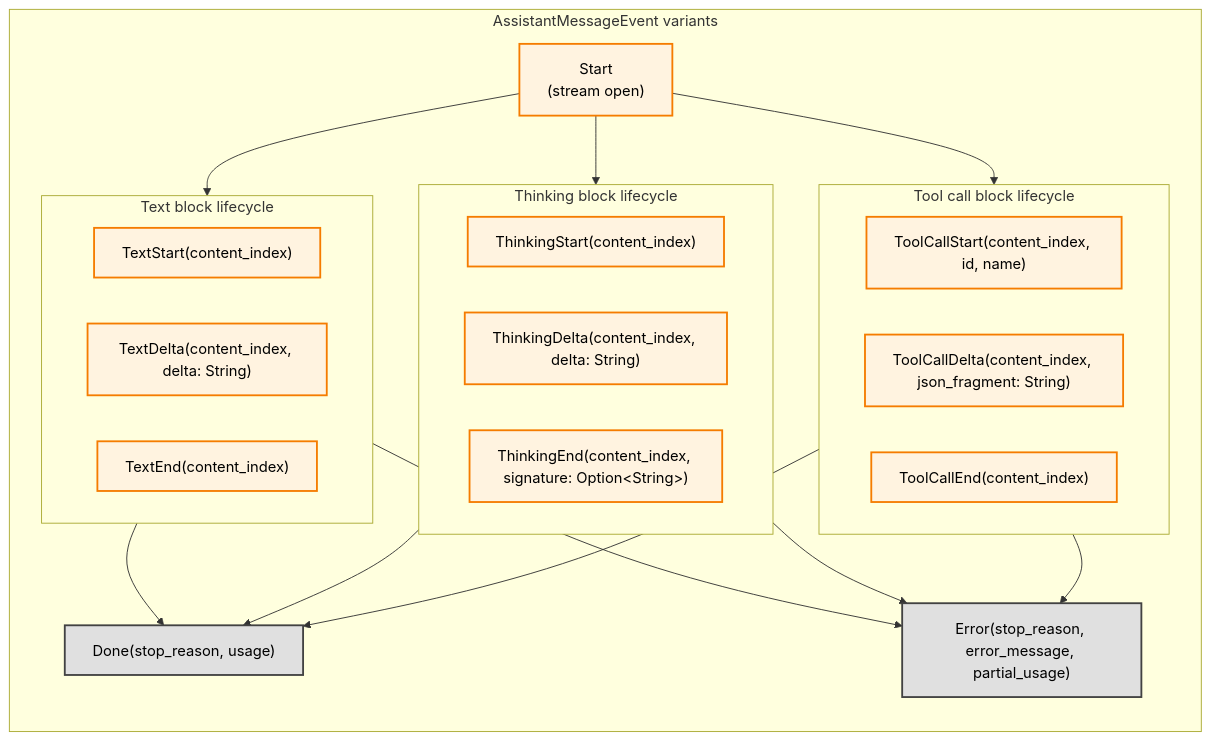
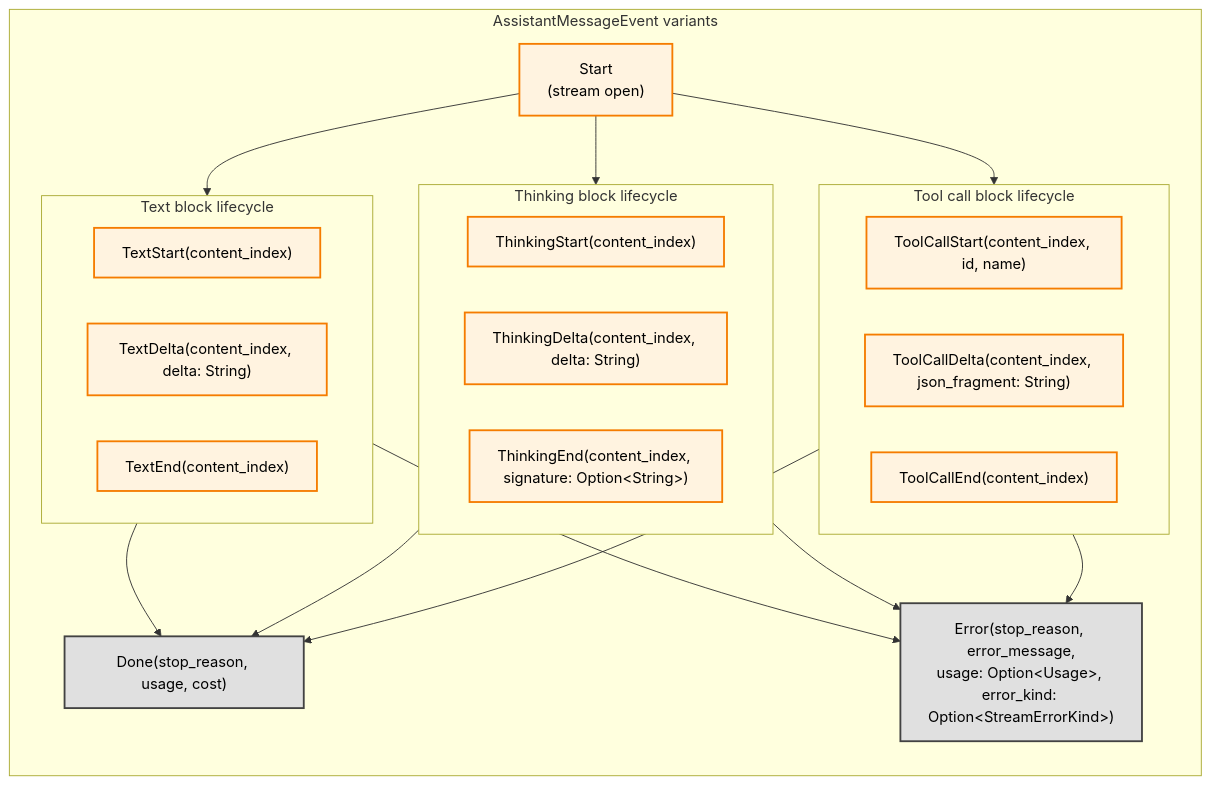
One commit to SuperSwinkAI/Swink-Agent changed the second of 8 diagrams in docs/architecture/streaming/README.md. Above: the diagram before and after it, drawn with Mermaid. The commit also changed other lines of this file and 2 other files, not shown here.

````diff
--- a/docs/architecture/streaming/README.md
+++ b/docs/architecture/streaming/README.md
@@ -128,43 +128,43 @@
 ```mermaid
 flowchart LR
     subgraph StreamEvents["AssistantMessageEvent variants"]
         Start["Start<br/>(stream open)"]
 
         subgraph TextBlock["Text block lifecycle"]
             TextStart["TextStart(content_index)"]
             TextDelta["TextDelta(content_index, delta: String)"]
             TextEnd["TextEnd(content_index)"]
         end
 
         subgraph ThinkingBlock["Thinking block lifecycle"]
             ThinkStart["ThinkingStart(content_index)"]
             ThinkDelta["ThinkingDelta(content_index, delta: String)"]
             ThinkEnd["ThinkingEnd(content_index, signature: Option&lt;String&gt;)"]
         end
 
         subgraph ToolBlock["Tool call block lifecycle"]
             ToolStart["ToolCallStart(content_index, id, name)"]
             ToolDelta["ToolCallDelta(content_index, json_fragment: String)"]
             ToolEnd["ToolCallEnd(content_index)"]
         end
 
-        Done["Done(stop_reason, usage)"]
-        Error["Error(stop_reason, error_message, partial_usage)"]
+        Done["Done(stop_reason, usage, cost)"]
+        Error["Error(stop_reason, error_message,<br/>usage: Option&lt;Usage&gt;, error_kind: Option&lt;StreamErrorKind&gt;)"]
     end
 
     Start --> TextBlock
     Start --> ThinkingBlock
     Start --> ToolBlock
     TextBlock --> Done
     ThinkingBlock --> Done
     ToolBlock --> Done
     TextBlock --> Error
     ThinkingBlock --> Error
     ToolBlock --> Error
 
     classDef eventStyle fill:#fff3e0,stroke:#f57c00,stroke-width:2px,color:#000
     classDef termStyle fill:#e0e0e0,stroke:#424242,stroke-width:2px,color:#000
 
     class Start,TextStart,TextDelta,TextEnd,ThinkStart,ThinkDelta,ThinkEnd,ToolStart,ToolDelta,ToolEnd eventStyle
     class Done,Error termStyle
 ```
````
